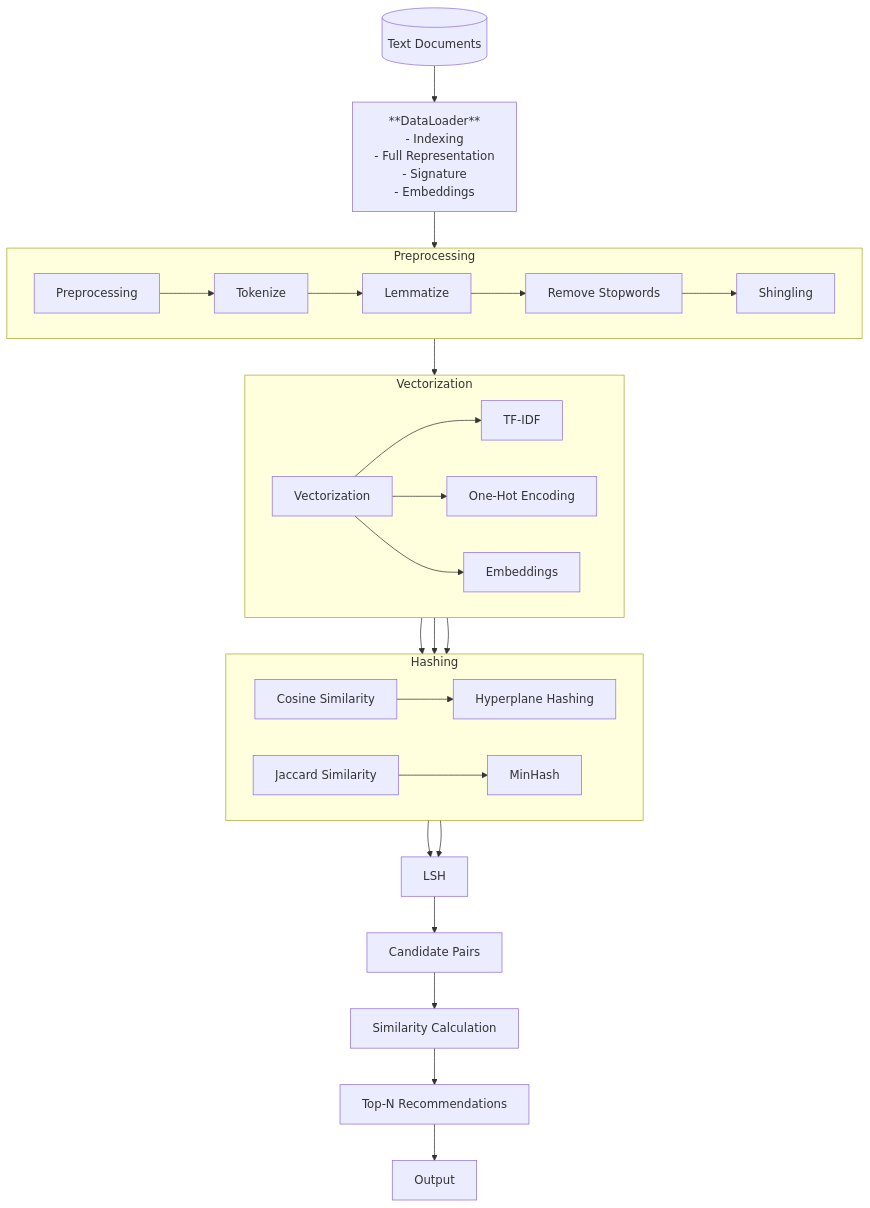
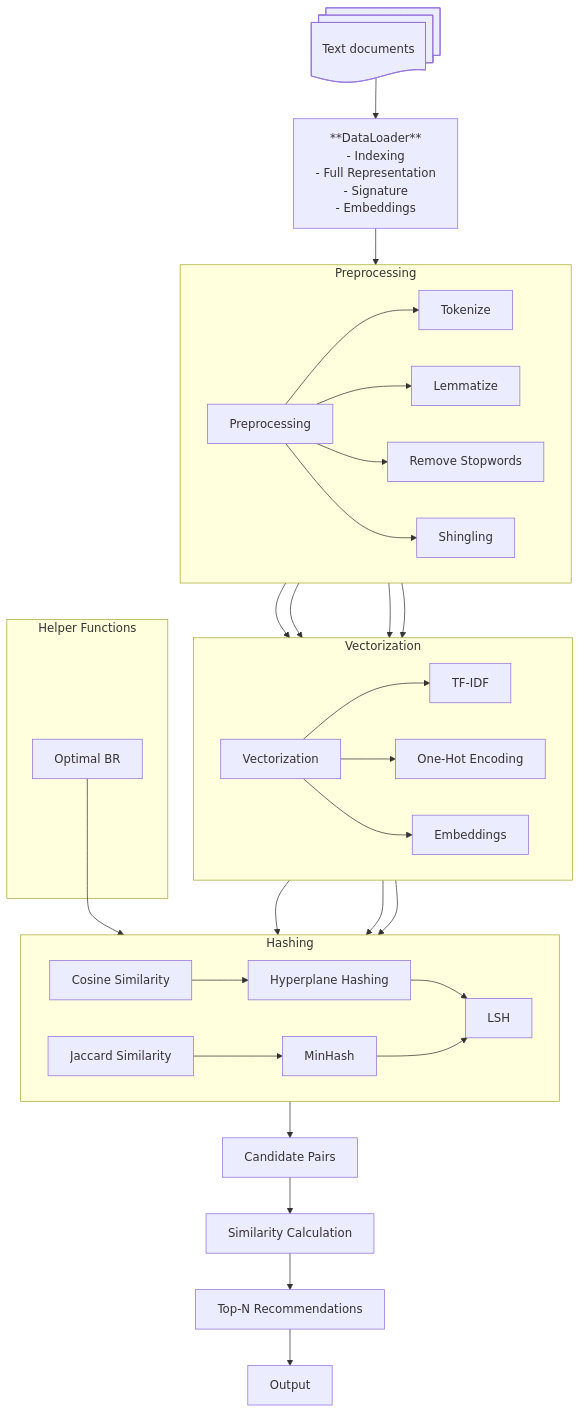
Before and after one commit to mxngjxa/lshrs: the diagram in README.md, drawn with Mermaid. The commit also changed other lines of this file and 1 other file, not shown here.

Commit message:
graphs updated

````diff
--- a/README.md
+++ b/README.md
@@ -147,52 +147,57 @@
 ```mermaid
 ---
 config:
   layout: dagre
 ---
 flowchart TD
 
-    A[("Text Documents")]
+    A@{ shape: docs, label: "Text documents" }
+
     A --> B["**DataLoader**
     - Indexing
     - Full Representation
     - Signature
     - Embeddings"]
 
     B --> C["Preprocessing"]
 
     subgraph Preprocessing
         direction LR
         C --> D["Tokenize"]
-        D --> E["Lemmatize"]
-        E --> F["Remove Stopwords"]
-        F --> G["Shingling"]
+        C --> E["Lemmatize"]
+        C --> F["Remove Stopwords"]
+        C --> G["Shingling"]
     end
 
-    C --> H["Vectorization"]
+    D & E & F & G --> H["Vectorization"]
 
     subgraph Vectorization
         direction LR
         H --> I["TF-IDF"]
         H --> J["One-Hot Encoding"]
         H --> K["Embeddings"]
     end
 
     I --> L["Cosine Similarity"]
     J --> M["Jaccard Similarity"]
     K --> L
 
     subgraph Hashing
         direction LR
         L --> N["Hyperplane Hashing"]
         M --> O["MinHash"]
+        N & O --> P["LSH"]
     end
-
-    N --> P["LSH"]
-    O --> P
 
     P --> Q["Candidate Pairs"]
     Q --> R["Similarity Calculation"]
     R --> S["Top-N Recommendations"]
 
     S --> T["Output"]
+
+    subgraph Helper Functions
+        U["Optimal BR"]
+
+        U --> P
+    end
 ```
````
